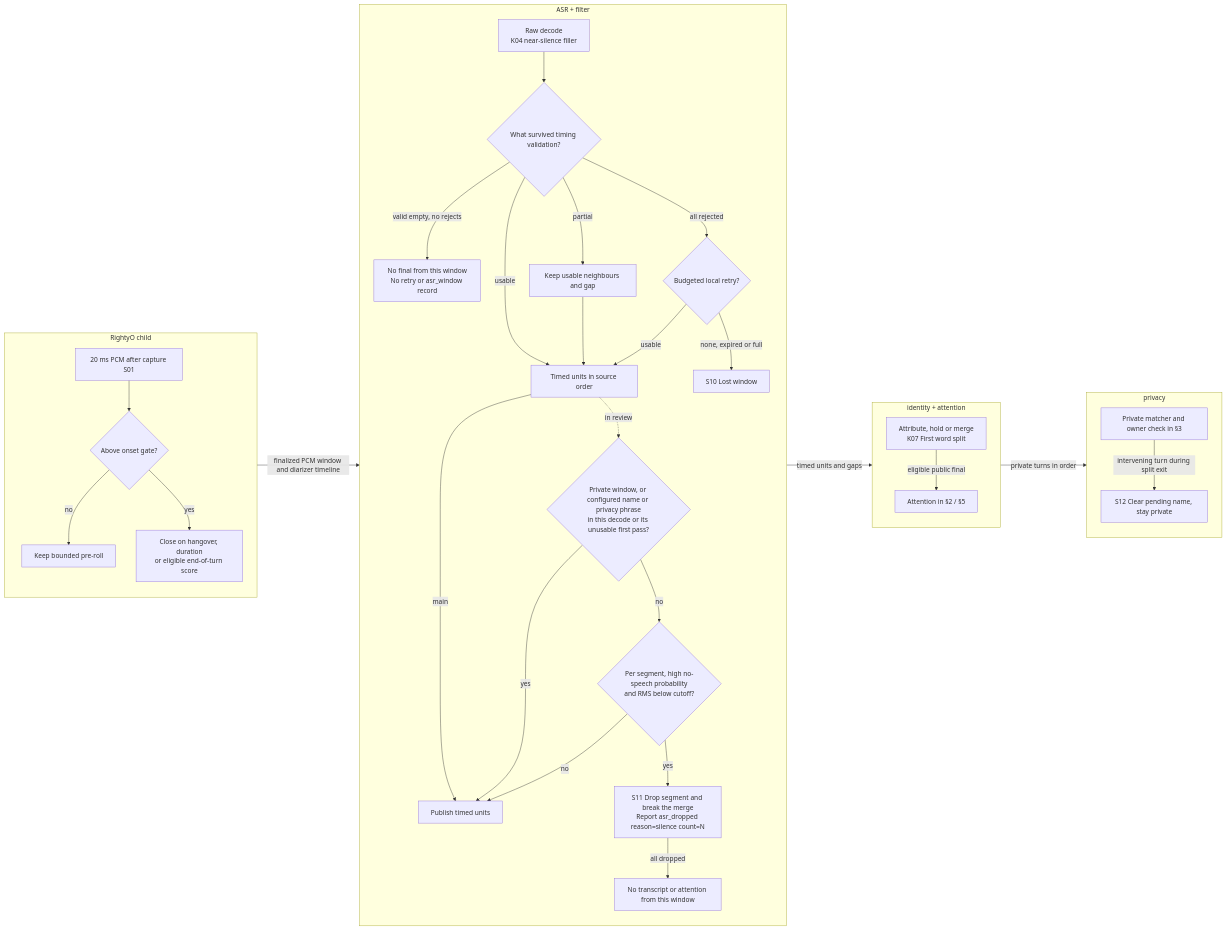
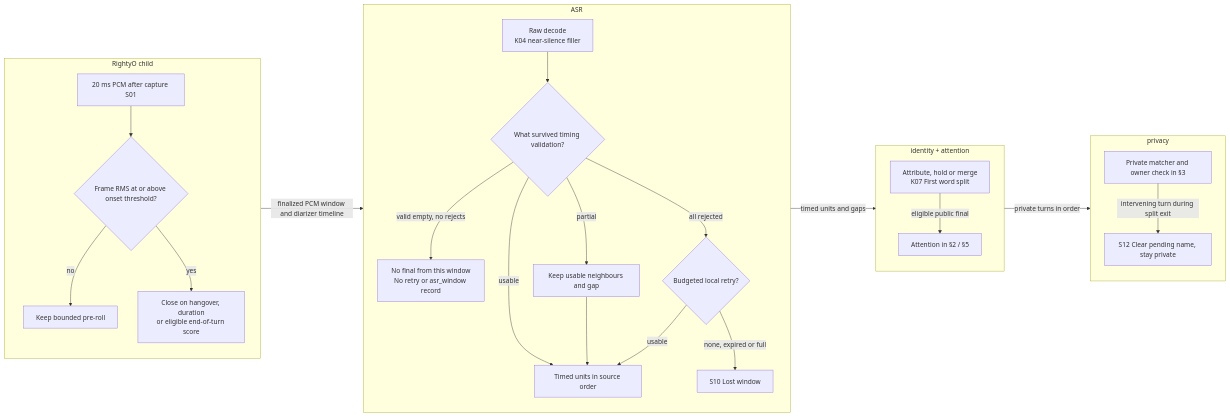
The sixth of 8 diagrams in docs/rightyo-swimlanes.md (mickdarling/hailing-station), drawn with Mermaid before and after one commit. The commit also changed other lines of this file, not shown here.

Commit message:
Trace the RightyO swimlanes on merged main (#1483)

````diff
--- a/docs/rightyo-swimlanes.md
+++ b/docs/rightyo-swimlanes.md
@@ -313,40 +321,33 @@
 ```mermaid
 flowchart LR
     subgraph child["RightyO child"]
         direction TB
-        pcm["20 ms PCM after capture S01"] --> open{"Above onset gate?"}
+        pcm["20 ms PCM after capture S01"] --> open{"Frame RMS at or above onset threshold?"}
         open -->|no| pre["Keep bounded pre-roll"]
         open -->|yes| endTurn["Close on hangover, duration<br/>or eligible end-of-turn score"]
     end
-    subgraph asr["ASR + filter"]
+    subgraph asr["ASR"]
         direction TB
         raw["Raw decode<br/>K04 near-silence filler"]
         raw --> timing{"What survived timing validation?"}
         timing -->|valid empty, no rejects| empty["No final from this window<br/>No retry or asr_window record"]
         timing -->|usable| ready["Timed units in source order"]
         timing -->|partial| salvage["Keep usable neighbours and gap"] --> ready
         timing -->|all rejected| retry{"Budgeted local retry?"}
         retry -->|usable| ready
         retry -->|none, expired or full| lost["S10 Lost window"]
-        ready -->|main| units["Publish timed units"]
-        ready -.->|in review| bypass{"Private window, or configured name or privacy phrase<br/>in this decode or its unusable first pass?"}
-        bypass -->|yes| units
-        bypass -->|no| filters{"Per segment, high no-speech probability<br/>and RMS below cutoff?"}
-        filters -->|no| units
-        filters -->|yes| loss["S11 Drop segment and break the merge<br/>Report asr_dropped reason=silence count=N"]
-        loss -->|all dropped| noTurn["No transcript or attention from this window"]
     end
     subgraph identity["identity + attention"]
         direction TB
         attr["Attribute, hold or merge<br/>K07 First word split"]
         attr -->|eligible public final| att["Attention in §2 / §5"]
     end
     subgraph priv["privacy"]
         direction TB
         owner["Private matcher and owner check in §3"]
         owner -->|intervening turn during split exit| held["S12 Clear pending name, stay private"]
     end
     child -->|finalized PCM window and diarizer timeline| asr
     asr -->|timed units and gaps| identity
     identity -->|private turns in order| priv
 ```
````
